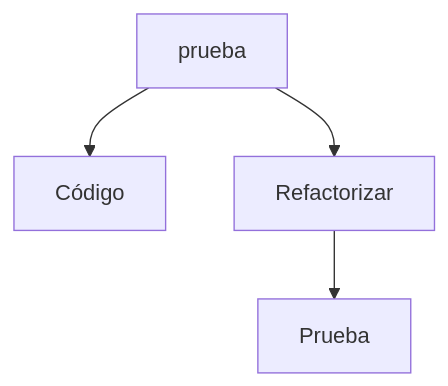
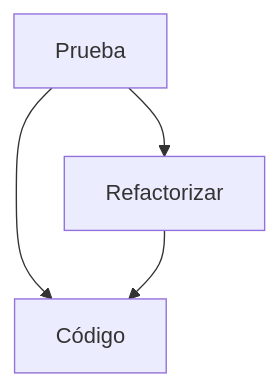
One commit to martinGM05/Server-Hagamoslo changed the diagram in README.MD. Above: the diagram before and after it, drawn with Mermaid.

Commit message:
Readme updated

````diff
--- a/README.MD
+++ b/README.MD
@@ -28,6 +28,6 @@
 ```mermaid
 graph TD;
-    prueba --> Código
-    Refactorizar --> Prueba
-    prueba --> Refactorizar
+    Prueba --> Código
+    Prueba --> Refactorizar
+    Refactorizar --> Código
 ```
````
